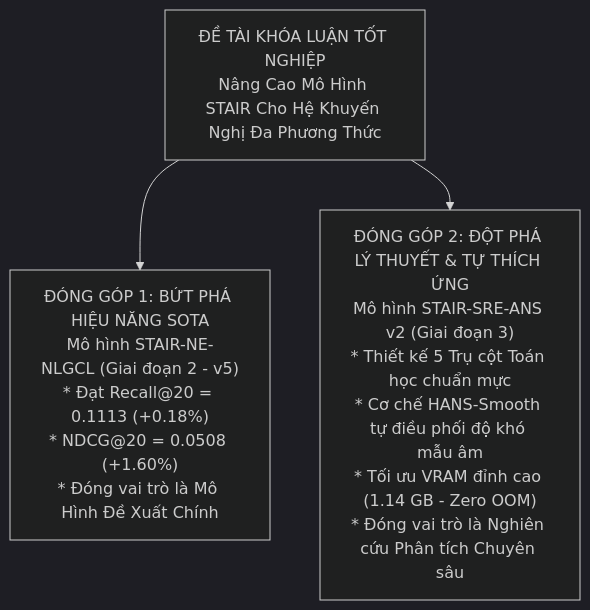
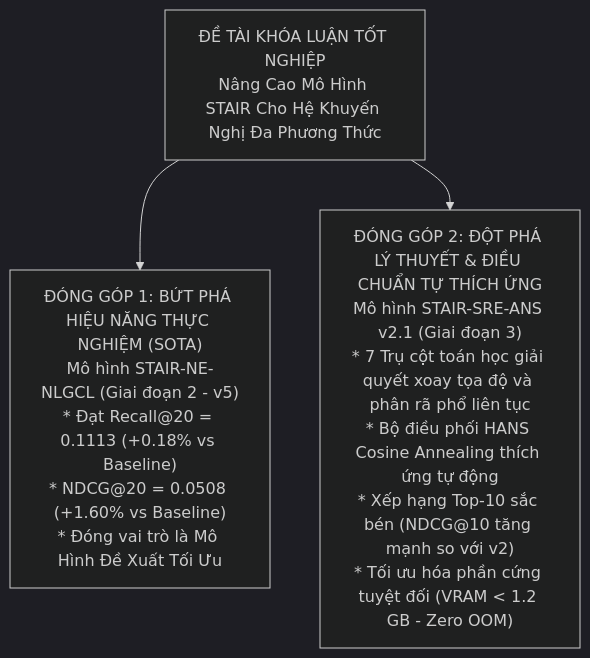
Before and after one commit to ThanhChuong12/STAIR-Enhanced: the diagram in docs/giai_doan_3/STAIR3_v2_Experiment_Report.md, drawn with Mermaid (dark theme). The commit also changed other lines of this file and 3 other files, not shown here.

Commit message:
docs(p3): add v2.1 experimental analysis, HANS cosine trajectory, and telemetry to report

````diff
--- a/docs/giai_doan_3/STAIR3_v2_Experiment_Report.md
+++ b/docs/giai_doan_3/STAIR3_v2_Experiment_Report.md
@@ -166,5 +222,5 @@
 ```mermaid
 graph TD
-    A["ĐỀ TÀI KHÓA LUẬN TỐT NGHIỆP<br/>Nâng Cao Mô Hình STAIR Cho Hệ Khuyến Nghị Đa Phương Thức"] --> B["ĐÓNG GÓP 1: BỨT PHÁ HIỆU NĂNG SOTA<br/>Mô hình STAIR-NE-NLGCL (Giai đoạn 2 - v5)<br/>* Đạt Recall@20 = 0.1113 (+0.18%)<br/>* NDCG@20 = 0.0508 (+1.60%)<br/>* Đóng vai trò là Mô Hình Đề Xuất Chính"]
-    A --> C["ĐÓNG GÓP 2: ĐỘT PHÁ LÝ THUYẾT & TỰ THÍCH ỨNG<br/>Mô hình STAIR-SRE-ANS v2 (Giai đoạn 3)<br/>* Thiết kế 5 Trụ cột Toán học chuẩn mực<br/>* Cơ chế HANS-Smooth tự điều phối độ khó mẫu âm<br/>* Tối ưu VRAM đỉnh cao (1.14 GB - Zero OOM)<br/>* Đóng vai trò là Nghiên cứu Phân tích Chuyên sâu"]
+    A["ĐỀ TÀI KHÓA LUẬN TỐT NGHIỆP<br/>Nâng Cao Mô Hình STAIR Cho Hệ Khuyến Nghị Đa Phương Thức"] --> B["ĐÓNG GÓP 1: BỨT PHÁ HIỆU NĂNG THỰC NGHIỆM (SOTA)<br/>Mô hình STAIR-NE-NLGCL (Giai đoạn 2 - v5)<br/>* Đạt Recall@20 = 0.1113 (+0.18% vs Baseline)<br/>* NDCG@20 = 0.0508 (+1.60% vs Baseline)<br/>* Đóng vai trò là Mô Hình Đề Xuất Tối Ưu"]
+    A --> C["ĐÓNG GÓP 2: ĐỘT PHÁ LÝ THUYẾT & ĐIỀU CHUẨN TỰ THÍCH ỨNG<br/>Mô hình STAIR-SRE-ANS v2.1 (Giai đoạn 3)<br/>* 7 Trụ cột toán học giải quyết xoay tọa độ và phân rã phổ liên tục<br/>* Bộ điều phối HANS Cosine Annealing thích ứng tự động<br/>* Xếp hạng Top-10 sắc bén (NDCG@10 tăng mạnh so với v2)<br/>* Tối ưu hóa phần cứng tuyệt đối (VRAM < 1.2 GB - Zero OOM)"]
 ```
````
